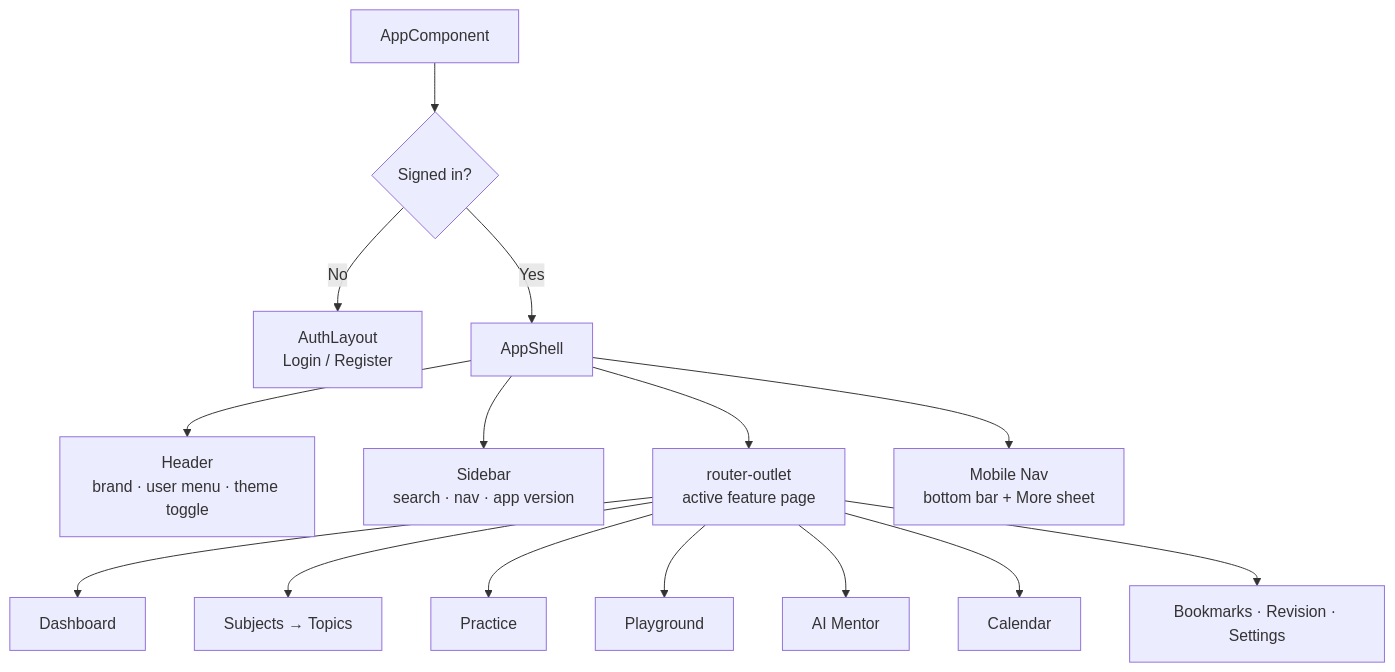
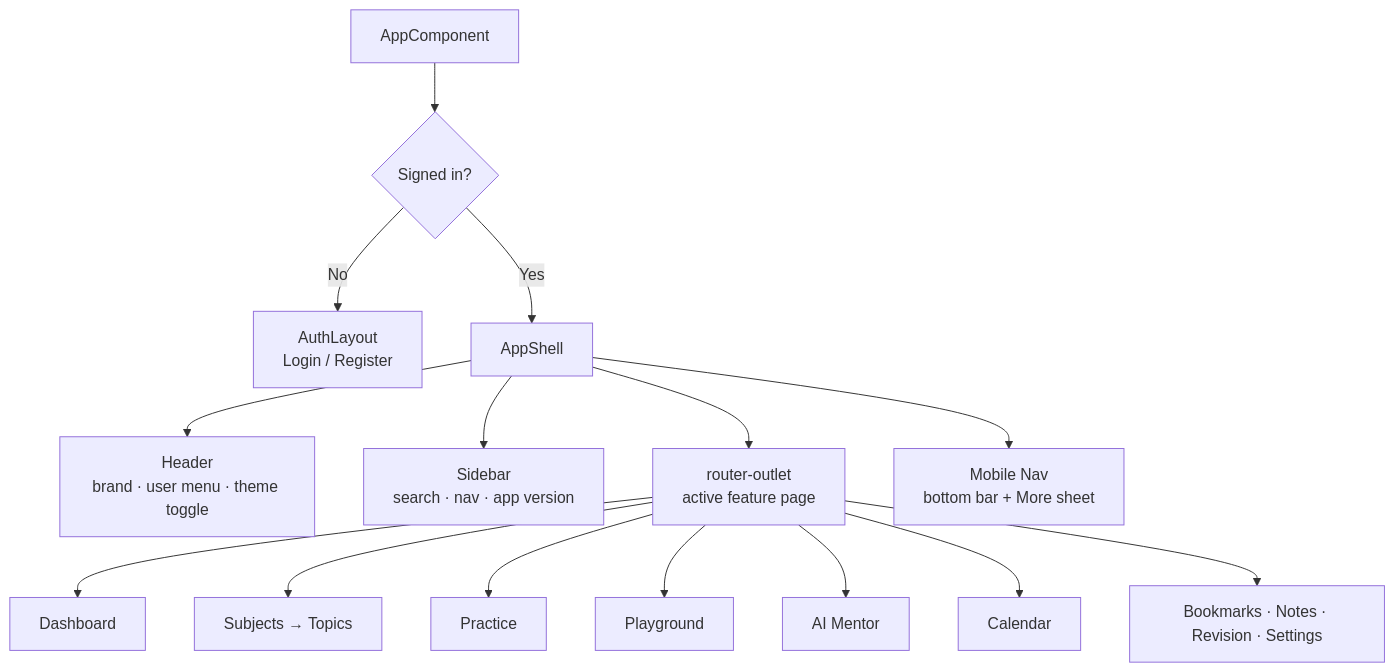
One commit to RoshanMali1205/skill-hunter changed the first of 5 diagrams in README.md. Above: the diagram before and after it, drawn with Mermaid. The commit also changed other lines of this file and 1 other file, not shown here.

First line of the commit message:
Add LLD document and update README for Notes and AI Mentor changes

````diff
--- a/README.md
+++ b/README.md
@@ -122,17 +126,17 @@
 ```mermaid
 flowchart TD
     A[AppComponent] --> B{Signed in?}
     B -- No --> C[AuthLayout<br/>Login / Register]
     B -- Yes --> D[AppShell]
     D --> E[Header<br/>brand · user menu · theme toggle]
     D --> F[Sidebar<br/>search · nav · app version]
     D --> G[router-outlet<br/>active feature page]
     D --> H[Mobile Nav<br/>bottom bar + More sheet]
     G --> I[Dashboard]
     G --> J[Subjects → Topics]
     G --> K[Practice]
     G --> L[Playground]
     G --> M[AI Mentor]
     G --> N[Calendar]
-    G --> O[Bookmarks · Revision · Settings]
+    G --> O[Bookmarks · Notes · Revision · Settings]
 ```
````
